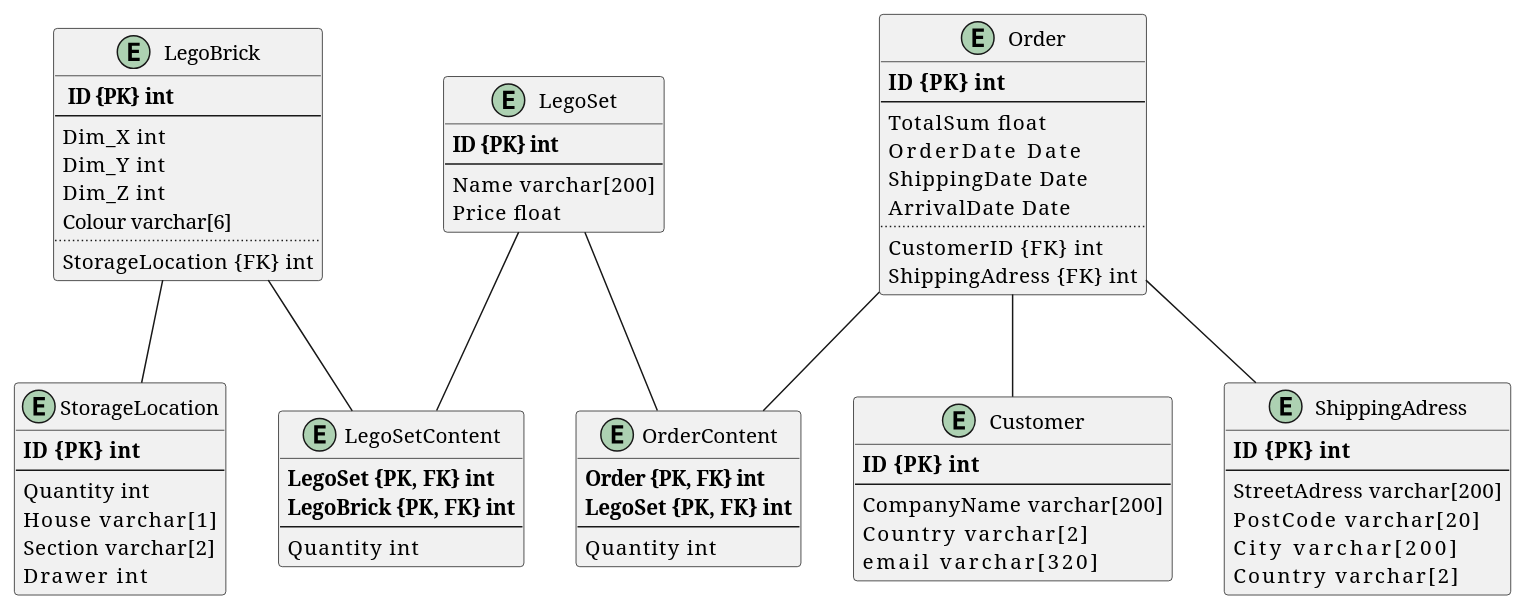
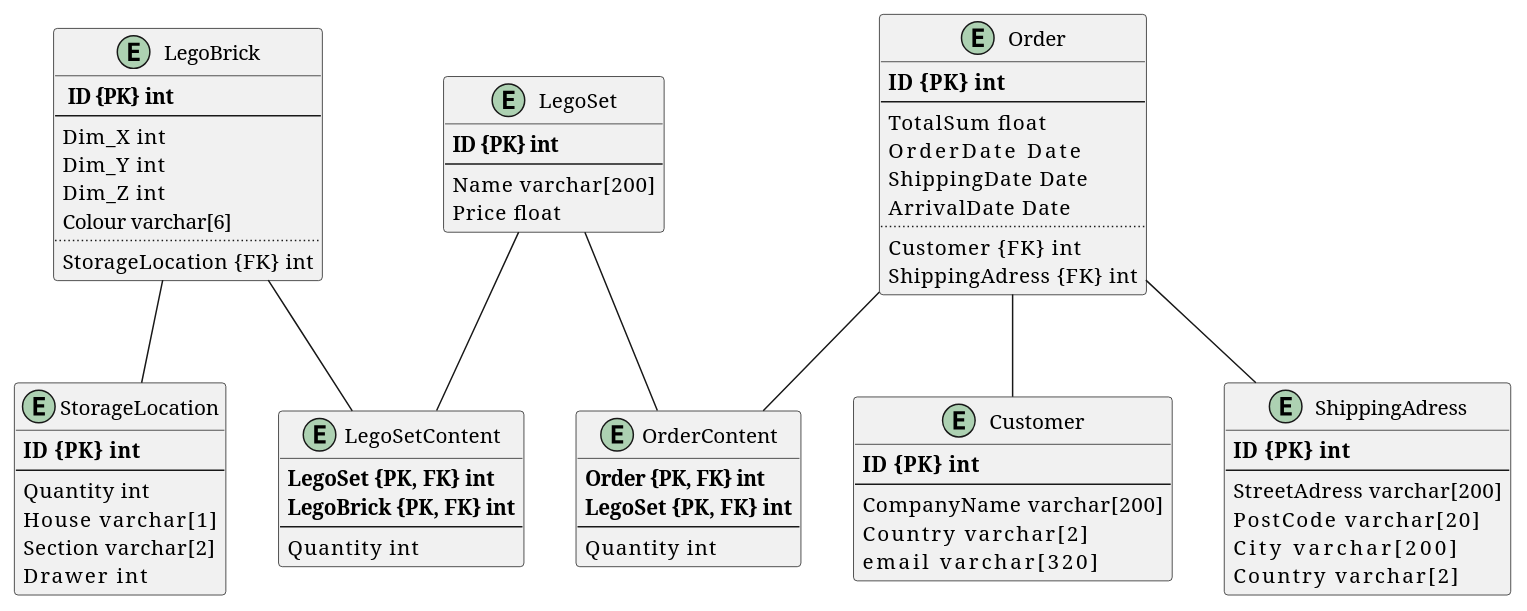
Before and after one commit to s02blom/LegoWebStore: the diagram in figures/Schema.plantuml, drawn with PlantUML. The commit also changed 1 other file, not shown here.

Commit message:
Changed CustomerID to Customer in Order
This is so that we are consistent with our naming convention wiht all other FK's in use

```diff
--- a/figures/Schema.plantuml
+++ b/figures/Schema.plantuml
@@ -1,85 +1,85 @@
 @startuml Schema
 
 entity LegoBrick{
     ** ID {PK}** **int**
     --
     Dim_X   int
     Dim_Y   int
     Dim_Z   int
     Colour varchar[6]
     ..
     StorageLocation {FK}    int
 }
 
 entity StorageLocation{
     **ID {PK}   int**
     --
     Quantity   int
     House      varchar[1]
     Section    varchar[2]
     Drawer     int
 }
 
 entity LegoSet{
     **ID {PK} int**
     --
     Name    varchar[200]
     Price   float
 }
 
 entity Order{
     **ID {PK}   int**
     --
     TotalSum    float
     OrderDate        Date
     ShippingDate    Date
     ArrivalDate     Date
     ..
-    CustomerID  {FK}    int
+    Customer  {FK}    int
     ShippingAdress {FK}     int
 }
 
 entity Customer{
     **ID {PK}   int**
     --
     CompanyName     varchar[200]
     Country         varchar[2]
     email           varchar[320]
 }
 
 
 entity LegoSetContent{
     **LegoSet  {PK, FK} int**
     **LegoBrick {PK, FK}  int**
     --
     Quantity    int 
 }
 
 entity ShippingAdress{
     **ID {PK}   int**
     --
     StreetAdress    varchar[200]
     PostCode        varchar[20]
     City            varchar[200]
     Country         varchar[2]
 }
 
 entity OrderContent{
     **Order {PK, FK} int**
     **LegoSet {PK, FK}  int**
     --
     Quantity    int
 }
 
 
 LegoBrick -- StorageLocation
 LegoBrick -- LegoSetContent
 
 LegoSet -- LegoSetContent
 LegoSet -- OrderContent
 
 Order -- OrderContent
 Order -- Customer
 Order -- ShippingAdress
 
 @enduml
```
